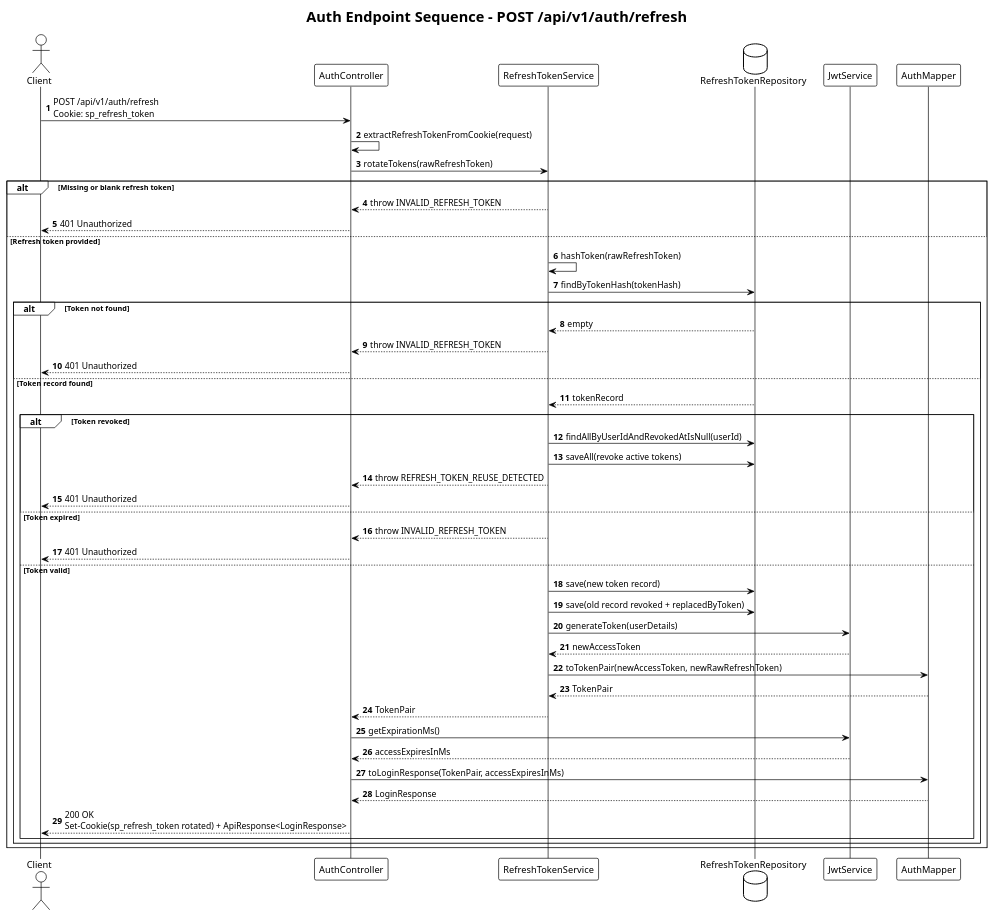
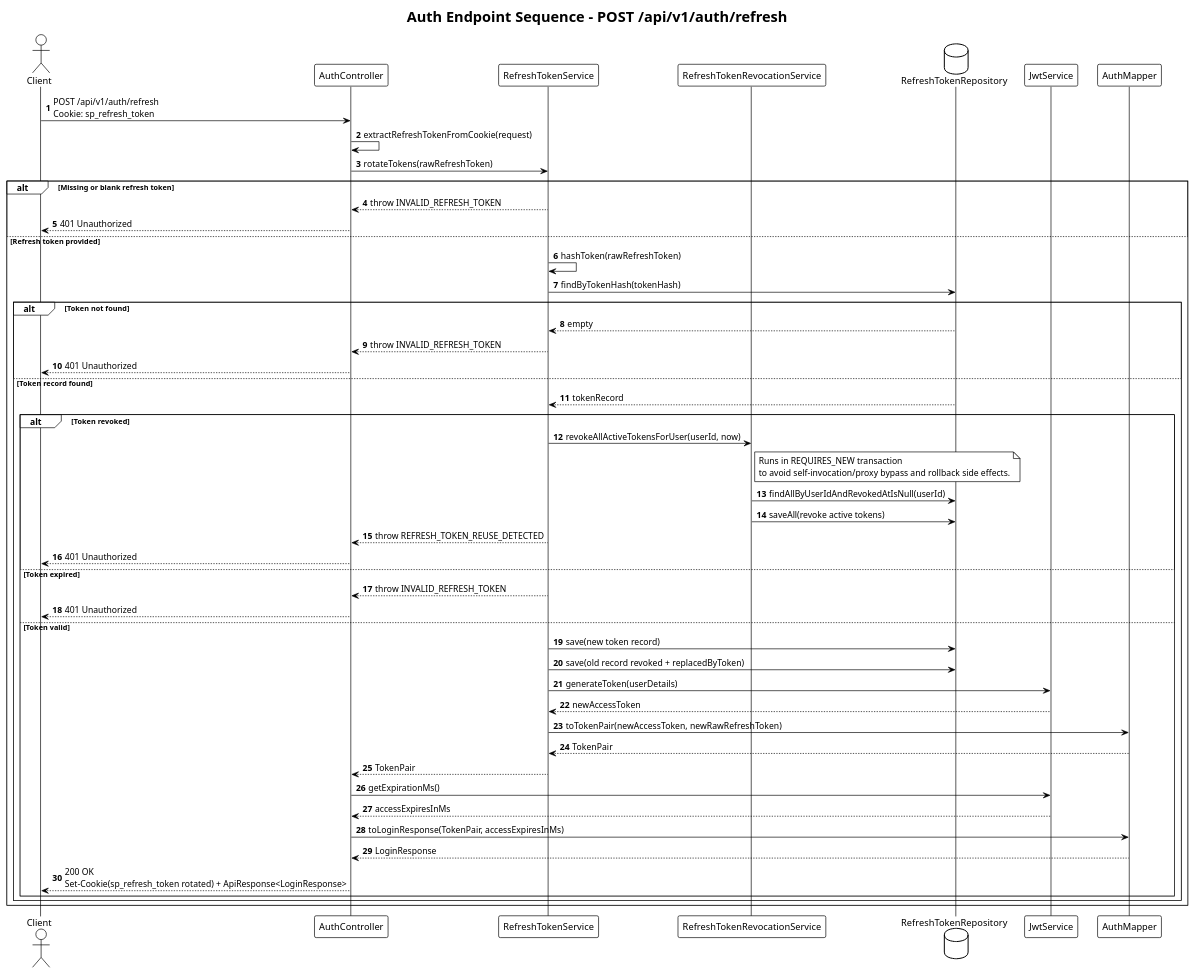
One commit to DamPhuQuy/Social-Pulse changed the diagram in docs/sequence/auth-refresh-token-sequence.puml. Above: the diagram before and after it, drawn with PlantUML. The commit also changed 4 other files, not shown here.

Commit message:
fix self-invocation

```diff
--- a/docs/sequence/auth-refresh-token-sequence.puml
+++ b/docs/sequence/auth-refresh-token-sequence.puml
@@ -1,59 +1,65 @@
 @startuml
 !theme plain
 
 title Auth Endpoint Sequence - POST /api/v1/auth/refresh
 
 autonumber
 
 actor Client
 participant AuthController
 participant RefreshTokenService
+participant RefreshTokenRevocationService
 database RefreshTokenRepository
 participant JwtService
 participant AuthMapper
 
 Client -> AuthController: POST /api/v1/auth/refresh\nCookie: sp_refresh_token
 AuthController -> AuthController: extractRefreshTokenFromCookie(request)
 AuthController -> RefreshTokenService: rotateTokens(rawRefreshToken)
 
 alt Missing or blank refresh token
   RefreshTokenService --> AuthController: throw INVALID_REFRESH_TOKEN
   AuthController --> Client: 401 Unauthorized
 else Refresh token provided
   RefreshTokenService -> RefreshTokenService: hashToken(rawRefreshToken)
   RefreshTokenService -> RefreshTokenRepository: findByTokenHash(tokenHash)
 
   alt Token not found
     RefreshTokenRepository --> RefreshTokenService: empty
     RefreshTokenService --> AuthController: throw INVALID_REFRESH_TOKEN
     AuthController --> Client: 401 Unauthorized
   else Token record found
     RefreshTokenRepository --> RefreshTokenService: tokenRecord
 
     alt Token revoked
-      RefreshTokenService -> RefreshTokenRepository: findAllByUserIdAndRevokedAtIsNull(userId)
-      RefreshTokenService -> RefreshTokenRepository: saveAll(revoke active tokens)
+      RefreshTokenService -> RefreshTokenRevocationService: revokeAllActiveTokensForUser(userId, now)
+      note right of RefreshTokenRevocationService
+        Runs in REQUIRES_NEW transaction
+        to avoid self-invocation/proxy bypass and rollback side effects.
+      end note
+      RefreshTokenRevocationService -> RefreshTokenRepository: findAllByUserIdAndRevokedAtIsNull(userId)
+      RefreshTokenRevocationService -> RefreshTokenRepository: saveAll(revoke active tokens)
       RefreshTokenService --> AuthController: throw REFRESH_TOKEN_REUSE_DETECTED
       AuthController --> Client: 401 Unauthorized
     else Token expired
       RefreshTokenService --> AuthController: throw INVALID_REFRESH_TOKEN
       AuthController --> Client: 401 Unauthorized
     else Token valid
       RefreshTokenService -> RefreshTokenRepository: save(new token record)
       RefreshTokenService -> RefreshTokenRepository: save(old record revoked + replacedByToken)
       RefreshTokenService -> JwtService: generateToken(userDetails)
       JwtService --> RefreshTokenService: newAccessToken
       RefreshTokenService -> AuthMapper: toTokenPair(newAccessToken, newRawRefreshToken)
       AuthMapper --> RefreshTokenService: TokenPair
       RefreshTokenService --> AuthController: TokenPair
 
       AuthController -> JwtService: getExpirationMs()
       JwtService --> AuthController: accessExpiresInMs
       AuthController -> AuthMapper: toLoginResponse(TokenPair, accessExpiresInMs)
       AuthMapper --> AuthController: LoginResponse
       AuthController --> Client: 200 OK\nSet-Cookie(sp_refresh_token rotated) + ApiResponse<LoginResponse>
     end
   end
 end
 
 @enduml
```
